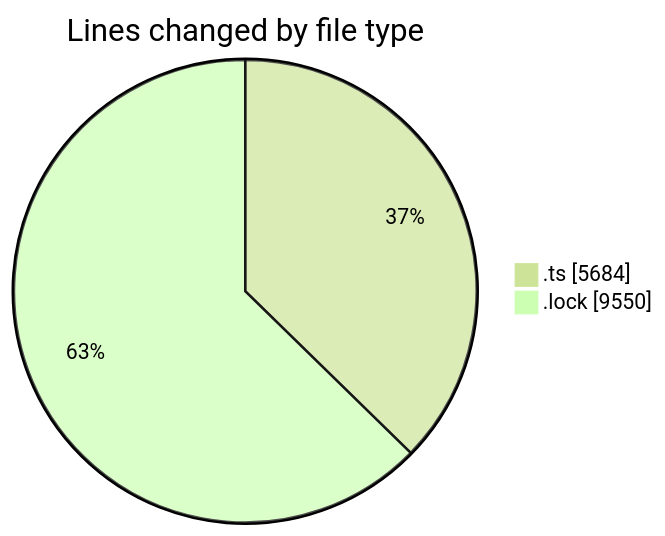
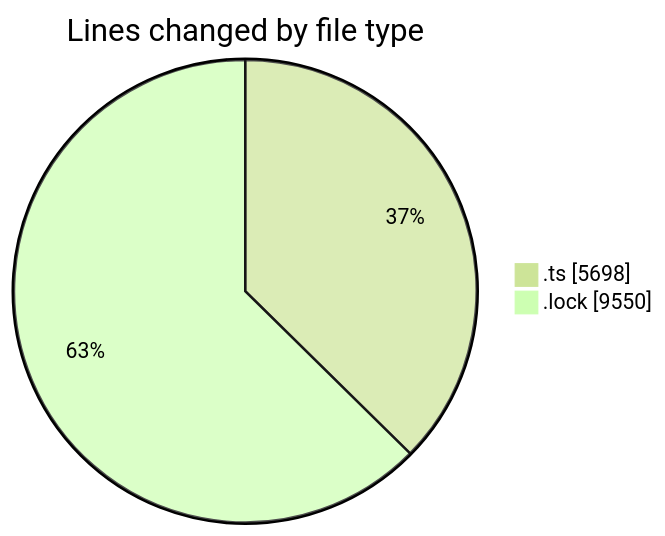
The first of 2 diagrams in 2025-10-30/cda/README.md (momahboobian/code-tracking), drawn with Mermaid (forest theme) before and after one commit. The commit also changed other lines of this file and 1 other file, not shown here.

````diff
--- a/2025-10-30/cda/README.md
+++ b/2025-10-30/cda/README.md
@@ -24,6 +24,6 @@
 ```mermaid
 pie showData
 title Lines changed by file type
-".ts" : 5684
+".ts" : 5698
 ".lock" : 9550
 ```
````
